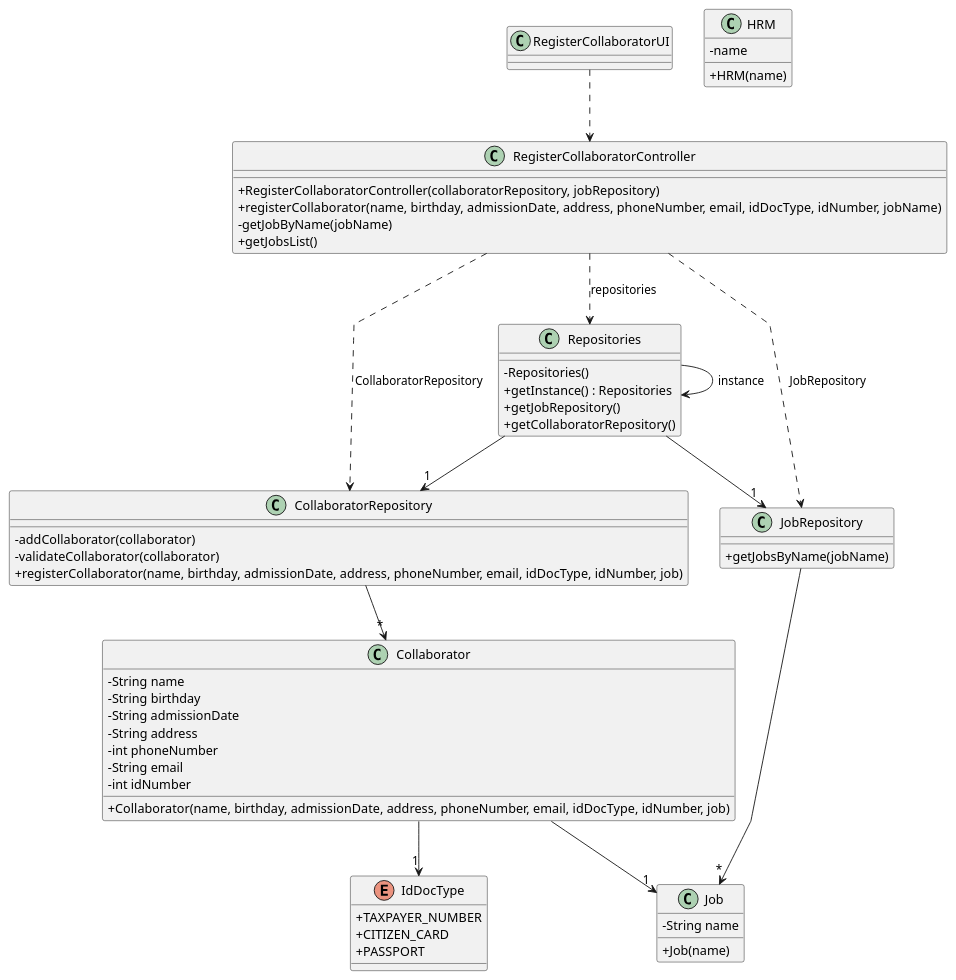
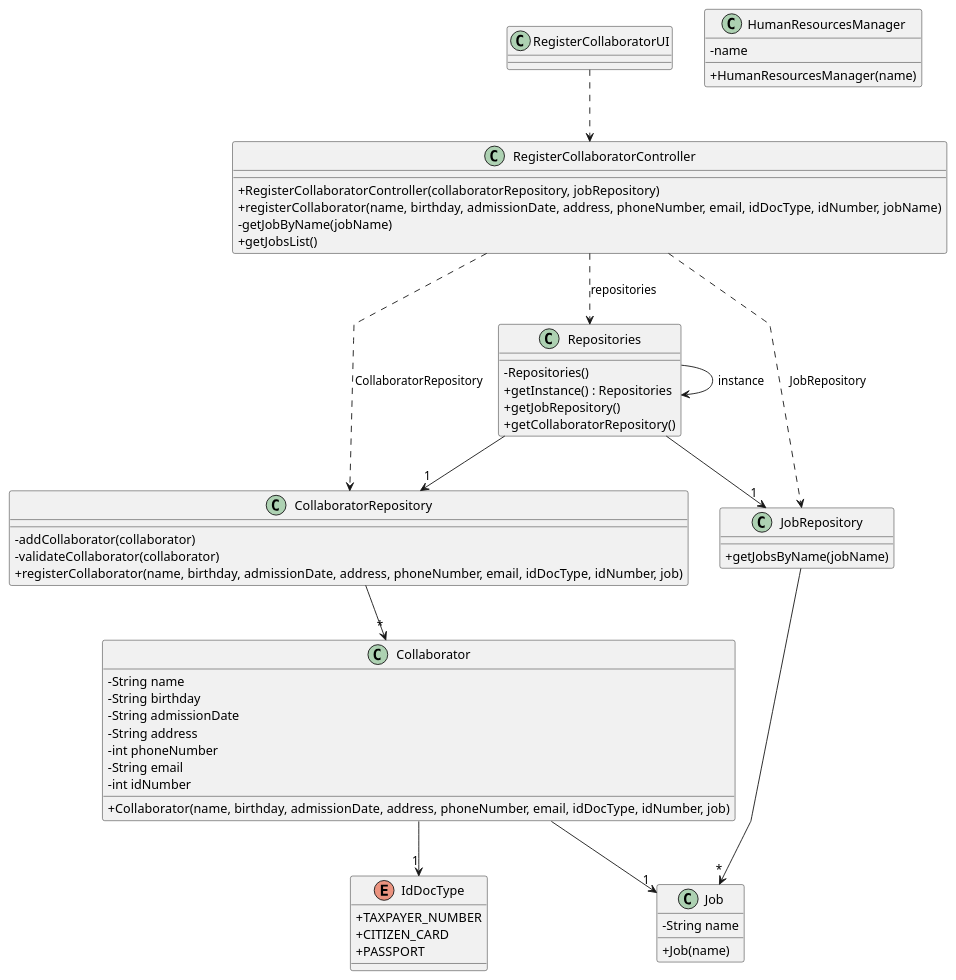
The diagram in docs/sprintA&B/us003/03.design/puml/us003-class-diagram.puml (daniel41silva05/ISEP_2023_2024_LAPR2), drawn with PlantUML before and after one commit. The commit also changed 9 other files, not shown here.

Commit message:
corrections in coherence between domain model and class diagram

```diff
--- a/docs/sprintA&B/us003/03.design/puml/us003-class-diagram.puml
+++ b/docs/sprintA&B/us003/03.design/puml/us003-class-diagram.puml
@@ -1,78 +1,78 @@
 @startuml
 'skinparam monochrome true
 skinparam packageStyle rectangle
 skinparam shadowing false
 skinparam linetype polyline
 'skinparam linetype orto
 
 skinparam classAttributeIconSize 0
 
 'left to right direction
 
 class RegisterCollaboratorUI {
 }
 
 class RegisterCollaboratorController {
     +RegisterCollaboratorController(collaboratorRepository, jobRepository)
     +registerCollaborator(name, birthday, admissionDate, address, phoneNumber, email, idDocType, idNumber, jobName)
     -getJobByName(jobName)
     +getJobsList()
 }
 
 class CollaboratorRepository {
     -addCollaborator(collaborator)
     -validateCollaborator(collaborator)
     +registerCollaborator(name, birthday, admissionDate, address, phoneNumber, email, idDocType, idNumber, job)
 }
 
 class Collaborator {
     -String name
     -String birthday
     -String admissionDate
     -String address
     -int phoneNumber
     -String email
     -int idNumber
     +Collaborator(name, birthday, admissionDate, address, phoneNumber, email, idDocType, idNumber, job)
 }
 
 class JobRepository {
     +getJobsByName(jobName)
 }
 
 class Job {
     -String name
     +Job(name)
 }
 
-class HRM {
+class HumanResourcesManager {
     - name
-    +HRM(name)
+    +HumanResourcesManager(name)
 }
 
 class Repositories {
     - Repositories()
     + getInstance() : Repositories
     + getJobRepository()
     + getCollaboratorRepository()
 }
 
 enum IdDocType {
     + TAXPAYER_NUMBER
     + CITIZEN_CARD
     + PASSPORT
 }
 
 RegisterCollaboratorUI ..> RegisterCollaboratorController
 RegisterCollaboratorController ..> Repositories: repositories
 RegisterCollaboratorController ..> CollaboratorRepository: CollaboratorRepository
 RegisterCollaboratorController ..> JobRepository: JobRepository
 Repositories --> Repositories: instance
 Repositories --> "1" CollaboratorRepository
 Repositories --> "1" JobRepository
 CollaboratorRepository --> "*" Collaborator
 JobRepository --> "*" Job
 Collaborator --> "1" Job
 Collaborator --> "1" IdDocType
 
 @enduml
```
